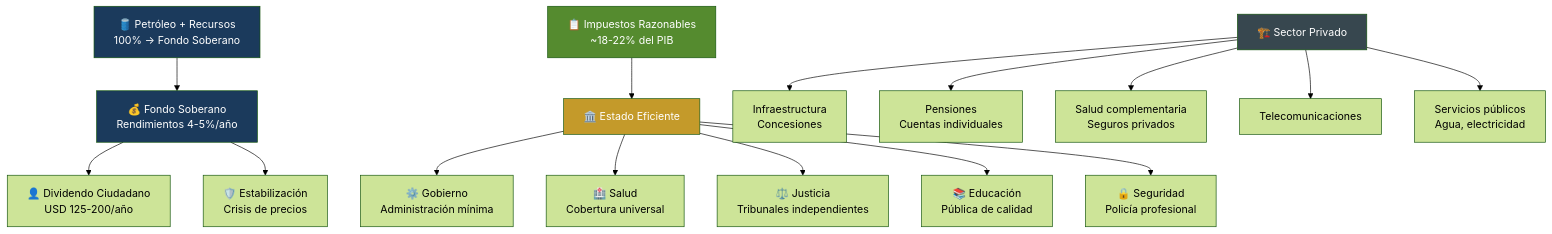
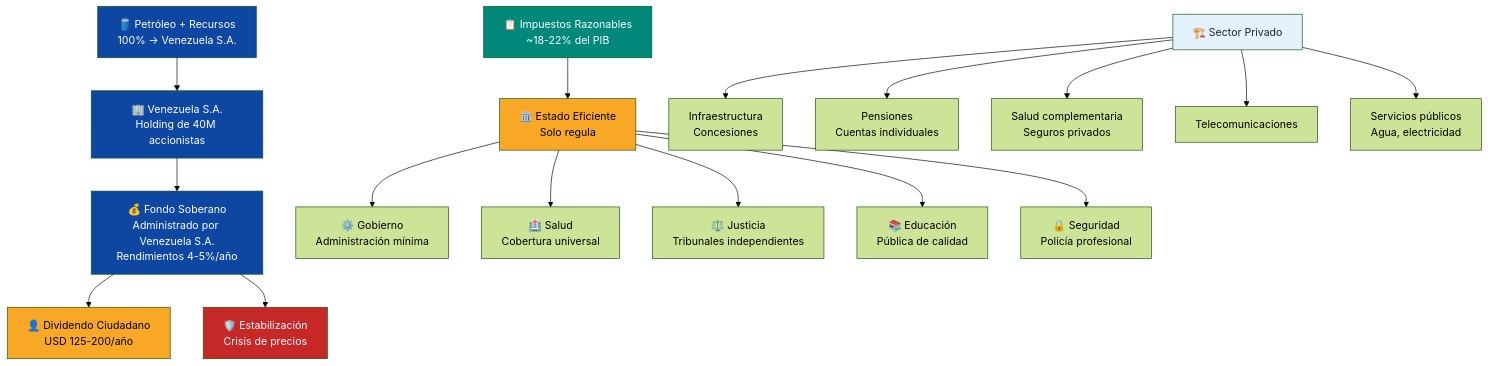
One commit to Venezuela-S-A/venezuela-sa changed the first of 15 diagrams in docs/04-gobernanza/modelo-estado.md. Above: the diagram before and after it, drawn with Mermaid (forest theme). The commit also changed other lines of this file and 127 other files, not shown here.

````diff
--- a/docs/04-gobernanza/modelo-estado.md
+++ b/docs/04-gobernanza/modelo-estado.md
@@ -29,23 +29,27 @@
 ```mermaid
 flowchart TD
-    OIL["🛢️ Petróleo + Recursos<br/>100% → Fondo Soberano"] --> FUND["💰 Fondo Soberano<br/>Rendimientos 4-5%/año"]
-    TAX["📋 Impuestos Razonables<br/>~18-22% del PIB"] --> STATE["🏛️ Estado Eficiente"]
+    OIL["🛢️ Petróleo + Recursos<br/>100% → Venezuela S.A."] --> VSA["🏢 Venezuela S.A.<br/>Holding de 40M accionistas"]
+    VSA --> FUND["💰 Fondo Soberano<br/>Administrado por Venezuela S.A.<br/>Rendimientos 4-5%/año"]
+    TAX["📋 Impuestos Razonables<br/>~18-22% del PIB"] --> STATE["🏛️ Estado Eficiente<br/>Solo regula"]
     FUND --> DIV["👤 Dividendo Ciudadano<br/>USD 125-200/año"]
     FUND --> STAB["🛡️ Estabilización<br/>Crisis de precios"]
     STATE --> S1["⚙️ Gobierno<br/>Administración mínima"]
     STATE --> S2["🏥 Salud<br/>Cobertura universal"]
     STATE --> S3["⚖️ Justicia<br/>Tribunales independientes"]
     STATE --> S4["📚 Educación<br/>Pública de calidad"]
     STATE --> S5["🔒 Seguridad<br/>Policía profesional"]
     PRIV["🏗️ Sector Privado"] --> I1["Infraestructura<br/>Concesiones"]
     PRIV --> I2["Pensiones<br/>Cuentas individuales"]
     PRIV --> I3["Salud complementaria<br/>Seguros privados"]
     PRIV --> I4["Telecomunicaciones"]
     PRIV --> I5["Servicios públicos<br/>Agua, electricidad"]
 
-    style OIL fill:#1B3A5C,color:#fff
-    style TAX fill:#558b2f,color:#fff
-    style STATE fill:#C49A2A,color:#fff
-    style FUND fill:#1B3A5C,color:#fff
-    style PRIV fill:#37474f,color:#fff
+    style OIL fill:#0D47A1,color:#fff
+    style VSA fill:#0D47A1,color:#fff
+    style TAX fill:#00897B,color:#fff
+    style STATE fill:#F9A825,color:#000
+    style FUND fill:#0D47A1,color:#fff
+    style PRIV fill:#E3F2FD,color:#1B2631
+    style DIV fill:#F9A825,color:#000
+    style STAB fill:#C62828,color:#fff
 ```
````
